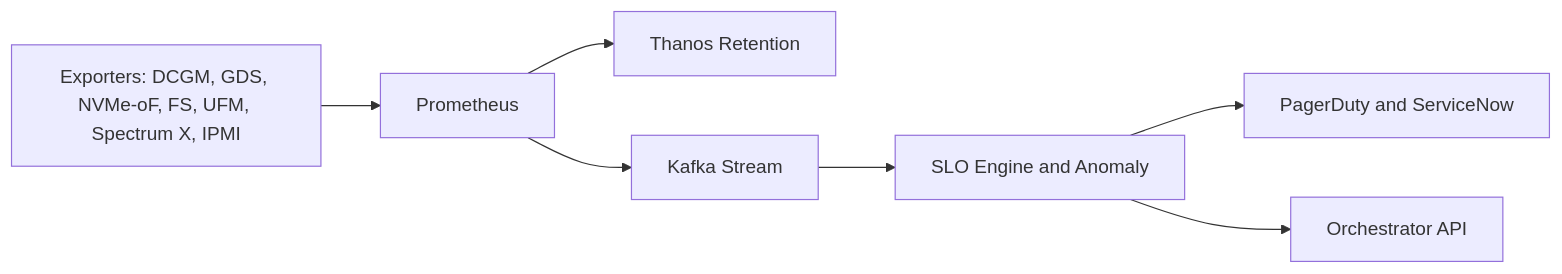
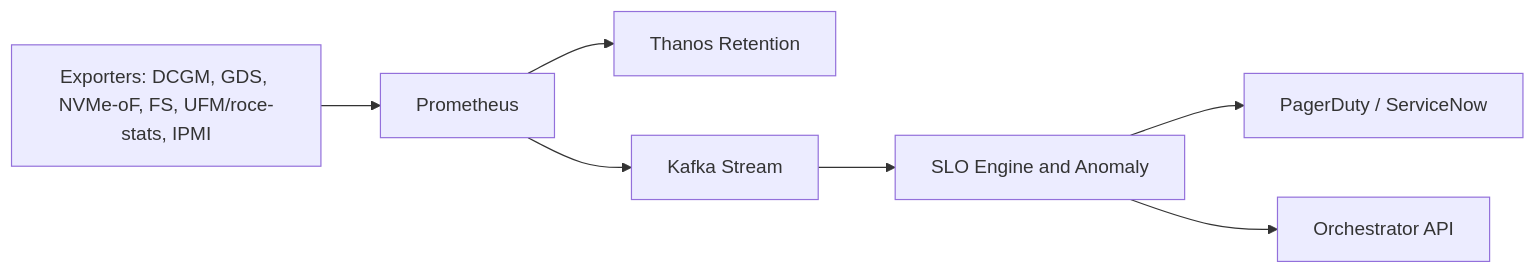
Before and after one commit to noelashford/Storage-Solution: the fourth of 6 diagrams in README.md, drawn with Mermaid. The commit also changed other lines of this file, not shown here.

````diff
--- a/README.md
+++ b/README.md
@@ -231,9 +197,9 @@
 ```mermaid
 flowchart LR
-  EXP[Exporters: DCGM, GDS, NVMe-oF, FS, UFM, Spectrum X, IPMI] --> PROM[Prometheus]
+  EXP[Exporters: DCGM, GDS, NVMe-oF, FS, UFM/roce-stats, IPMI] --> PROM[Prometheus]
   PROM --> THANOS[Thanos Retention]
   PROM --> KAFKA[Kafka Stream]
   KAFKA --> SLO[SLO Engine and Anomaly]
-  SLO --> ALERTS[PagerDuty and ServiceNow]
+  SLO --> ALERTS[PagerDuty / ServiceNow]
   SLO --> ACTIONS[Orchestrator API]
 ```
````
